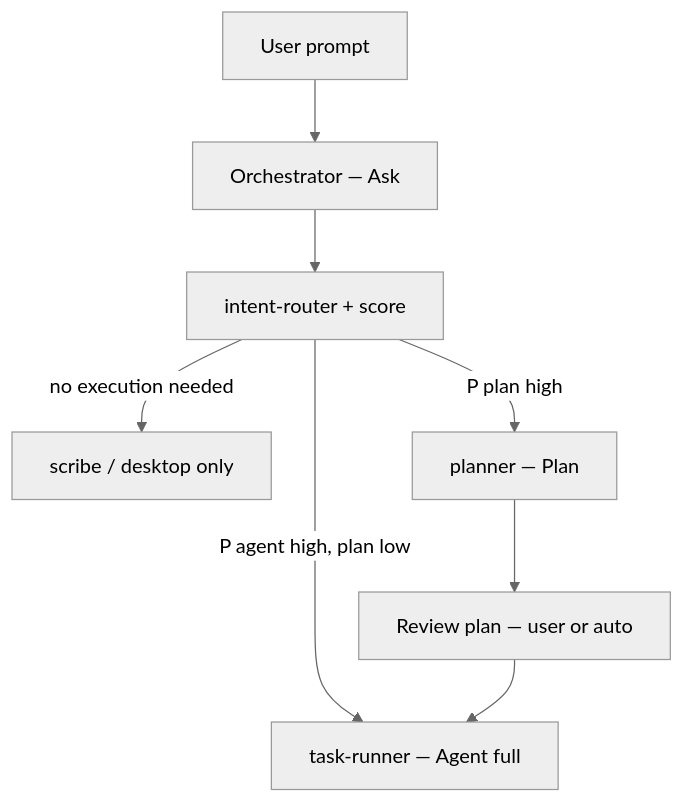
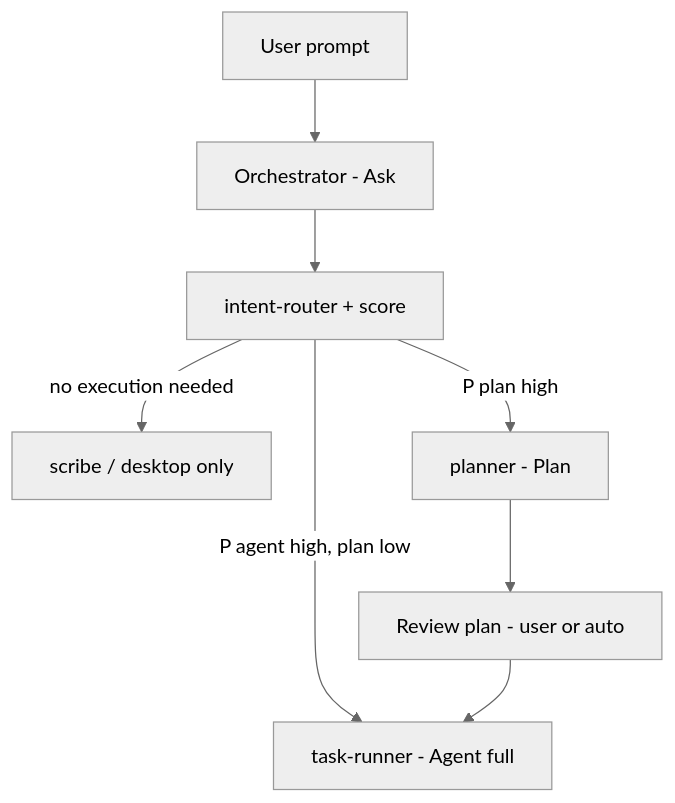
One commit to jahrulnr/sapaloq changed the second of 5 diagrams in docs/ORCHESTRATOR.md. Above: the diagram before and after it, drawn with Mermaid (neutral theme). The commit also changed other lines of this file and 255 other files, not shown here.

````diff
--- a/docs/ORCHESTRATOR.md
+++ b/docs/ORCHESTRATOR.md
@@ -280,18 +280,18 @@
 ```mermaid
 flowchart TD
   USER[User prompt]
-  ORCH[Orchestrator — Ask]
+  ORCH[Orchestrator - Ask]
   IR[intent-router + score]
   SCRIBE[scribe / desktop only]
-  PLAN[planner — Plan]
-  REV[Review plan — user or auto]
-  AGENT[task-runner — Agent full]
+  PLAN[planner - Plan]
+  REV[Review plan - user or auto]
+  AGENT[task-runner - Agent full]
 
   USER --> ORCH
   ORCH --> IR
   IR -->|no execution needed| SCRIBE
   IR -->|P plan high| PLAN
   IR -->|P agent high, plan low| AGENT
   PLAN --> REV
   REV --> AGENT
 ```
````
